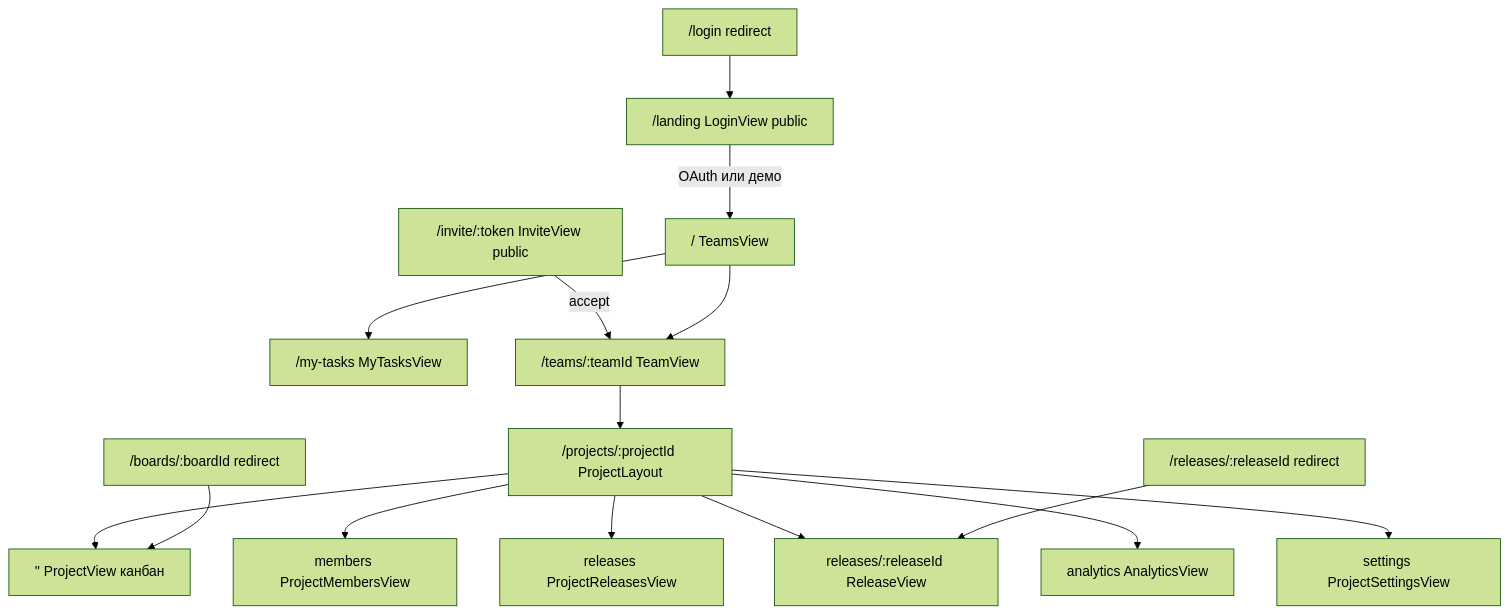
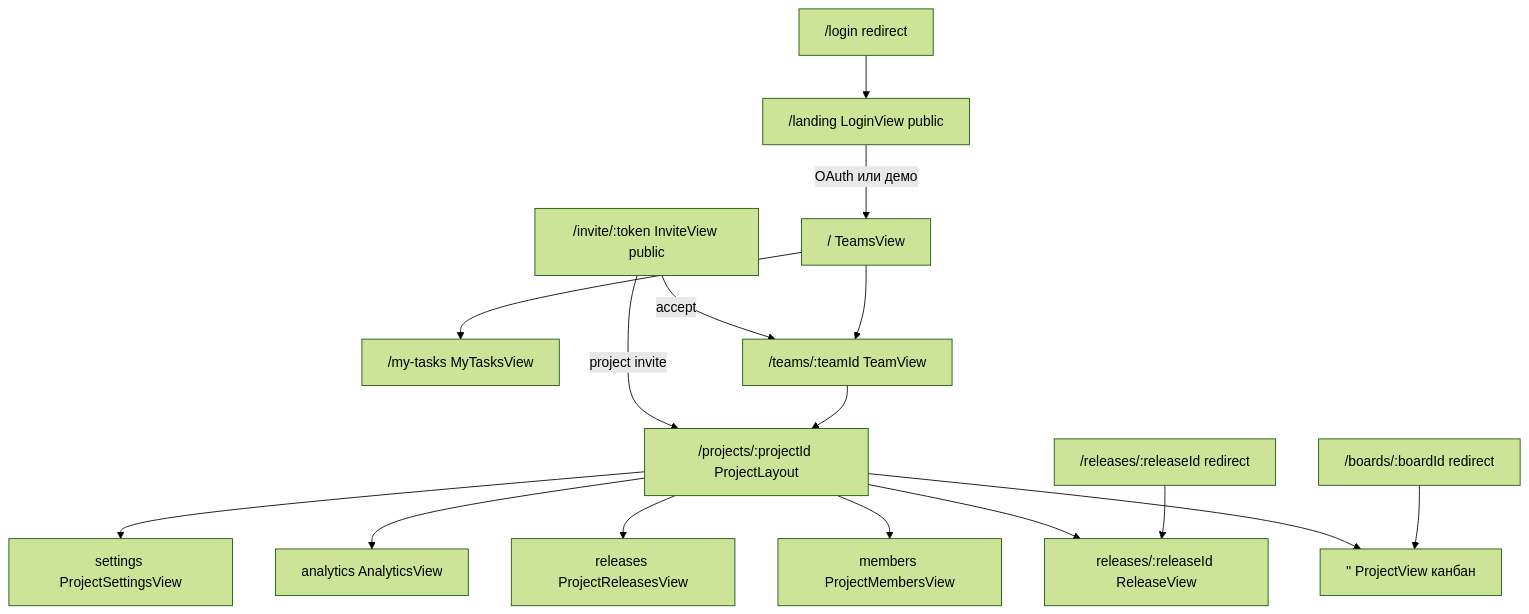
One commit to shamilfrontend/taskmaster changed the diagram in docs/frontend.md. Above: the diagram before and after it, drawn with Mermaid (forest theme). The commit also changed other lines of this file and 13 other files, not shown here.

````diff
--- a/docs/frontend.md
+++ b/docs/frontend.md
@@ -9,33 +9,34 @@
 ```mermaid
 flowchart TB
   Landing["/landing LoginView public"]
   Login["/login redirect"]
   Invite["/invite/:token InviteView public"]
   Teams["/ TeamsView"]
   MyTasks["/my-tasks MyTasksView"]
   Team["/teams/:teamId TeamView"]
   Layout["/projects/:projectId ProjectLayout"]
   Board["'' ProjectView канбан"]
   Releases["releases ProjectReleasesView"]
   Release["releases/:releaseId ReleaseView"]
   Analytics["analytics AnalyticsView"]
   Members["members ProjectMembersView"]
   Settings["settings ProjectSettingsView"]
   LegacyBoard["/boards/:boardId redirect"]
   LegacyRelease["/releases/:releaseId redirect"]
 
   Login --> Landing
   Landing -->|OAuth или демо| Teams
   Invite -->|accept| Team
+  Invite -->|project invite| Layout
   Teams --> Team
   Teams --> MyTasks
   Team --> Layout
   Layout --> Board
   Layout --> Members
   Layout --> Releases
   Layout --> Release
   Layout --> Analytics
   Layout --> Settings
   LegacyBoard --> Board
   LegacyRelease --> Release
 ```
````
